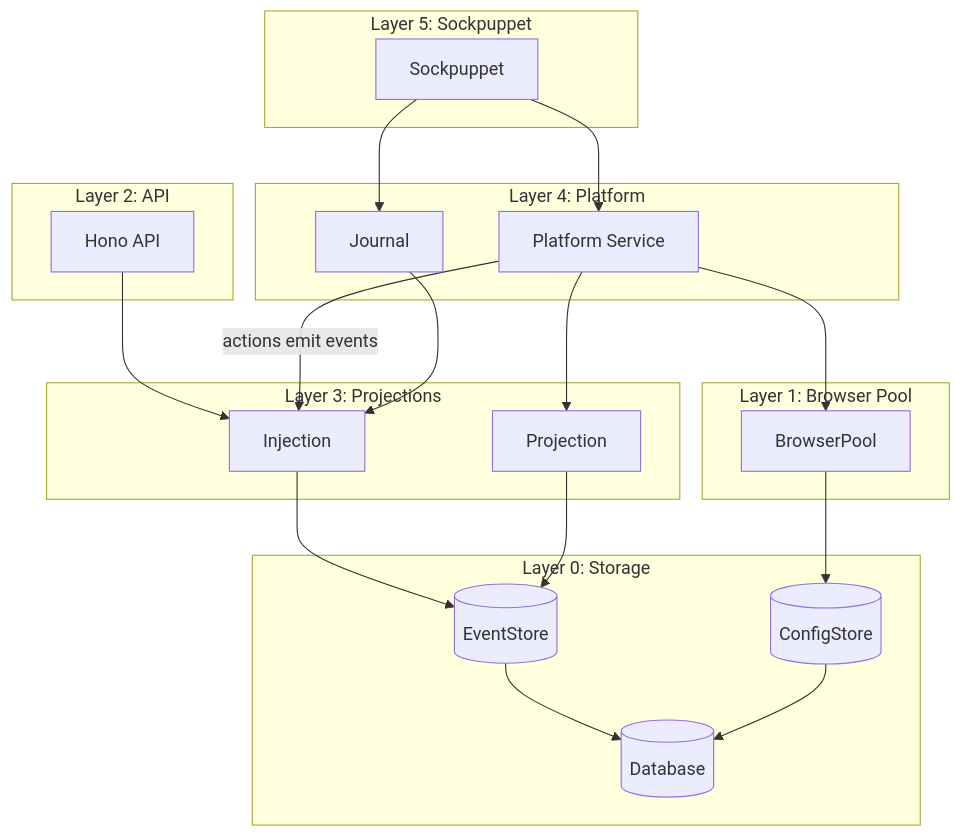
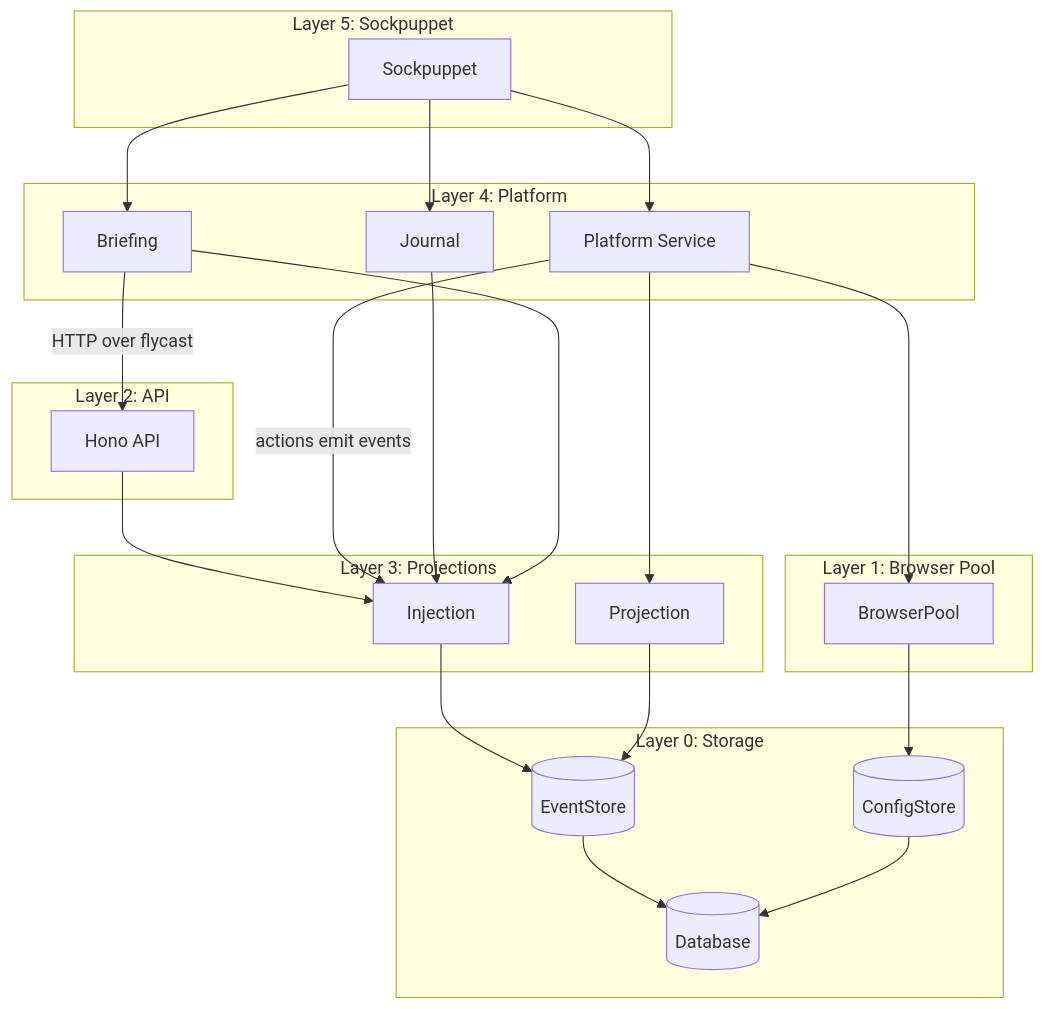
Before and after one commit to ToxicPine/bernays: the fourth of 7 diagrams in ARCHITECTURE.md, drawn with Mermaid. The commit also changed other lines of this file and 10 other files, not shown here.

First line of the commit message:
Implement BriefingService for sockpuppets, wire into runtime, fix architecture docs

````diff
--- a/ARCHITECTURE.md
+++ b/ARCHITECTURE.md
@@ -800,43 +802,47 @@
 ```mermaid
 graph TB
     subgraph "Layer 0: Storage"
         DB[(Database)]
         ES[(EventStore)]
         CS[(ConfigStore)]
     end
 
     subgraph "Layer 1: Browser Pool"
         BP[BrowserPool]
     end
 
     subgraph "Layer 2: API"
         API[Hono API]
     end
 
     subgraph "Layer 3: Projections"
         PR[Projection]
         INJ[Injection]
     end
 
     subgraph "Layer 4: Platform"
         PL[Platform Service]
         JN[Journal]
+        BR[Briefing]
     end
 
     subgraph "Layer 5: Sockpuppet"
         SP[Sockpuppet]
     end
 
     ES --> DB
     CS --> DB
     BP --> CS
     API --> INJ
     PL -->|"actions emit events"| INJ
     INJ --> ES
     PR --> ES
     PL --> PR
     PL --> BP
     JN --> INJ
+    BR --> INJ
+    BR -->|"HTTP over flycast"| API
     SP --> PL
     SP --> JN
+    SP --> BR
 ```
````
